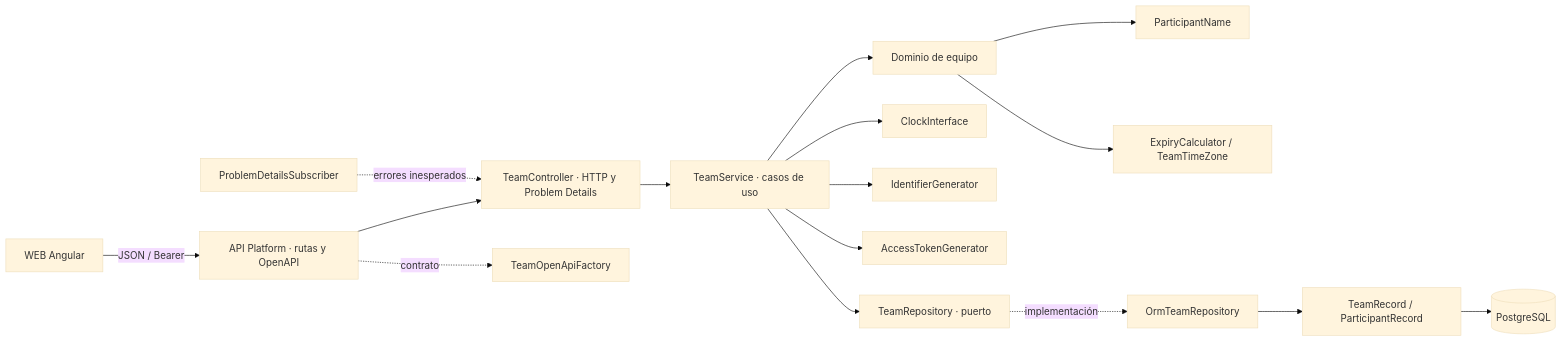
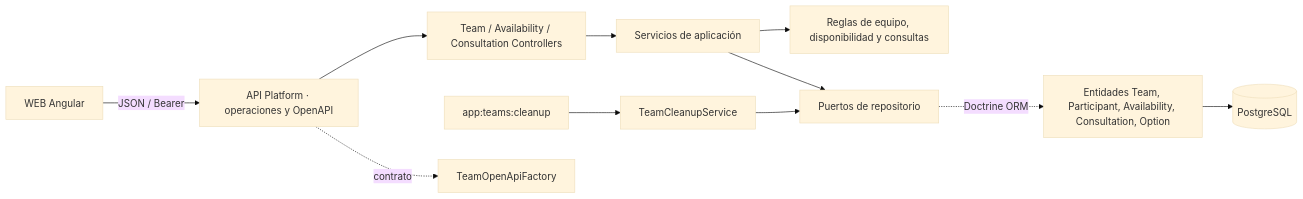
One commit to franciscoferrandez/SynqoApp changed the first of 2 diagrams in doc/architecture/api.md. Above: the diagram before and after it, drawn with Mermaid (base theme). The commit also changed other lines of this file and 7 other files, not shown here.

````diff
--- a/doc/architecture/api.md
+++ b/doc/architecture/api.md
@@ -5,22 +5,13 @@
 ```mermaid
 flowchart LR
-    Web[WEB Angular] -->|JSON / Bearer| Platform[API Platform · rutas y OpenAPI]
-    Platform --> Controller[TeamController · HTTP y Problem Details]
-    Controller --> Service[TeamService · casos de uso]
-
-    Service --> Domain[Dominio de equipo]
-    Domain --> Names[ParticipantName]
-    Domain --> Expiry[ExpiryCalculator / TeamTimeZone]
-
-    Service --> Clock[ClockInterface]
-    Service --> IDs[IdentifierGenerator]
-    Service --> Tokens[AccessTokenGenerator]
-    Service --> Port[TeamRepository · puerto]
-
-    Port -. implementación .-> ORM[OrmTeamRepository]
-    ORM --> Entities[TeamRecord / ParticipantRecord]
-    Entities --> DB[(PostgreSQL)]
-
-    Platform -. contrato .-> OpenAPI[TeamOpenApiFactory]
-    Kernel[ProblemDetailsSubscriber] -. errores inesperados .-> Controller
+    Web[WEB Angular] -->|JSON / Bearer| Operations[API Platform · operaciones y OpenAPI]
+    Operations --> Controllers[Team / Availability / Consultation Controllers]
+    Controllers --> Services[Servicios de aplicación]
+    Services --> Rules[Reglas de equipo, disponibilidad y consultas]
+    Services --> Ports[Puertos de repositorio]
+    Ports -. Doctrine ORM .-> Records[Entidades Team, Participant, Availability, Consultation, Option]
+    Records --> DB[(PostgreSQL)]
+    Command[app:teams:cleanup] --> Cleanup[TeamCleanupService]
+    Cleanup --> Ports
+    Operations -. contrato .-> OpenAPI[TeamOpenApiFactory]
 ```
````
